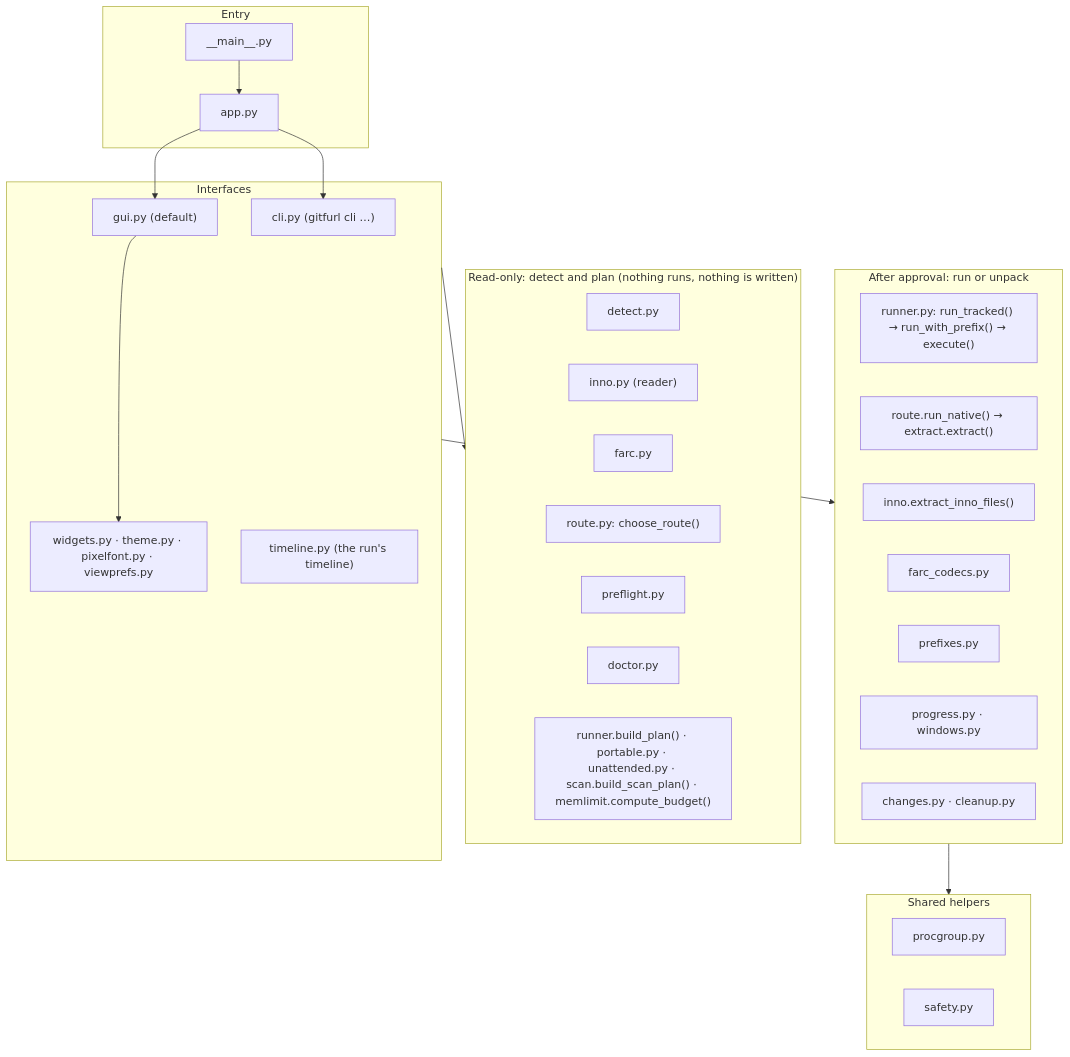
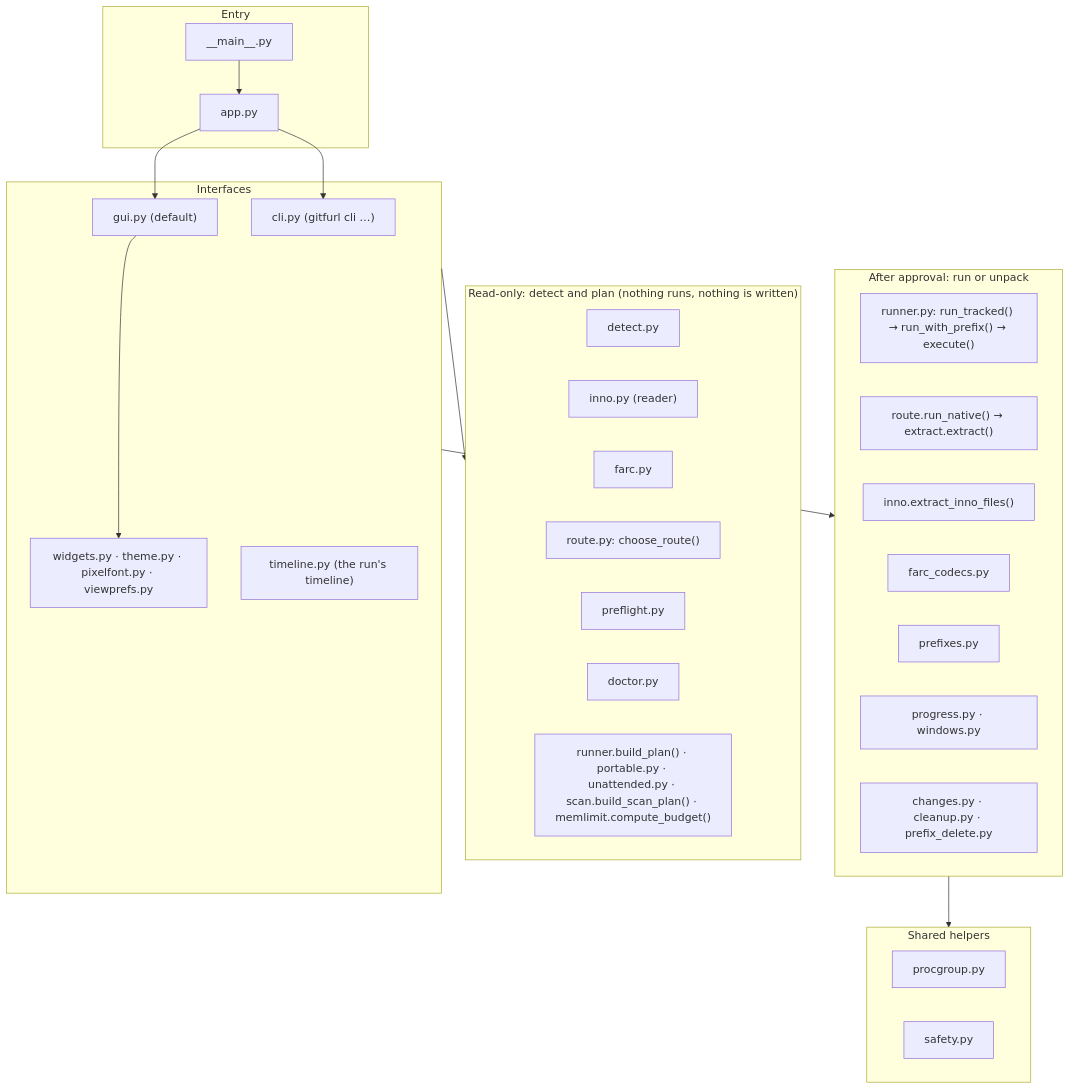
One commit to undecuple/gitfurl changed the first of 6 diagrams in docs/code-map.md. Above: the diagram before and after it, drawn with Mermaid. The commit also changed other lines of this file and 10 other files, not shown here.

Commit message:
Delete a prefix gitfurl made, with its menu entries (#59)

````diff
--- a/docs/code-map.md
+++ b/docs/code-map.md
@@ -9,39 +9,39 @@
 ```mermaid
 flowchart TB
   subgraph entry["Entry"]
     main["__main__.py"] --> app["app.py"]
   end
   subgraph ui["Interfaces"]
     gui["gui.py (default)"]
     cli["cli.py (gitfurl cli …)"]
     widgets["widgets.py · theme.py · pixelfont.py · viewprefs.py"]
     timeline["timeline.py (the run's timeline)"]
   end
   subgraph plan["Read-only: detect and plan (nothing runs, nothing is written)"]
     detect["detect.py"]
     inno["inno.py (reader)"]
     farc["farc.py"]
     route["route.py: choose_route()"]
     preflight["preflight.py"]
     doctor["doctor.py"]
     builders["runner.build_plan() · portable.py · unattended.py · scan.build_scan_plan() · memlimit.compute_budget()"]
   end
   subgraph run["After approval: run or unpack"]
     runner["runner.py: run_tracked() → run_with_prefix() → execute()"]
     native["route.run_native() → extract.extract()"]
     innox["inno.extract_inno_files()"]
     codecs["farc_codecs.py"]
     prefixes["prefixes.py"]
     progress["progress.py · windows.py"]
-    changes["changes.py · cleanup.py"]
+    changes["changes.py · cleanup.py · prefix_delete.py"]
   end
   subgraph shared["Shared helpers"]
     procgroup["procgroup.py"]
     safety["safety.py"]
   end
   app --> gui & cli
   gui --> widgets
   ui --> plan
   ui --> run
   run --> shared
 ```
````
